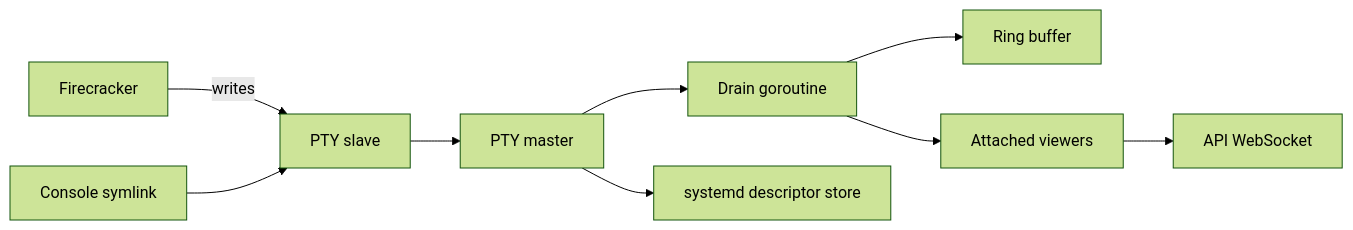
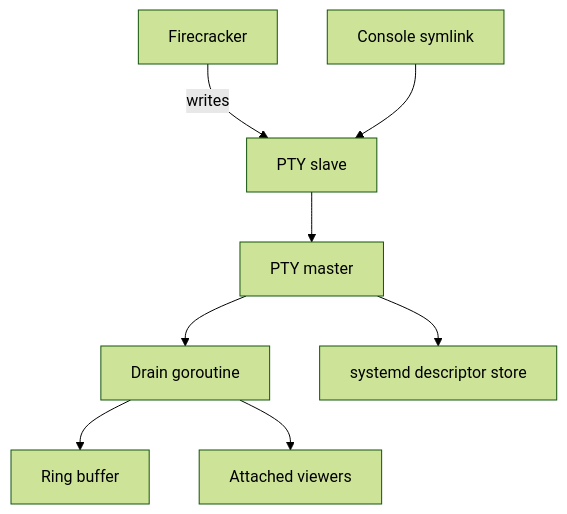
Before and after one commit to 20vikash/atlas: the diagram in metal/internal/console/SPEC.md, drawn with Mermaid (forest theme). The commit also changed other lines of this file and 158 other files, not shown here.

````diff
--- a/metal/internal/console/SPEC.md
+++ b/metal/internal/console/SPEC.md
@@ -29,11 +23,10 @@
 ```mermaid
-flowchart LR
+flowchart TB
     Firecracker -->|writes| Slave[PTY slave]
     Link[Console symlink] --> Slave
     Slave --> Master[PTY master]
     Master --> Drain[Drain goroutine]
     Master --> Store[systemd descriptor store]
     Drain --> Buffer[Ring buffer]
     Drain --> Viewers[Attached viewers]
-    Viewers --> Socket[API WebSocket]
 ```
````
